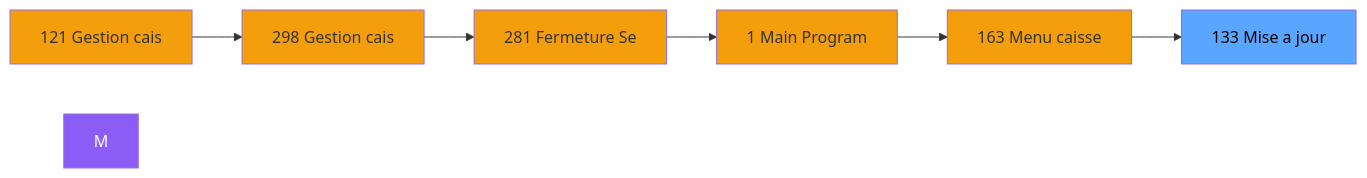
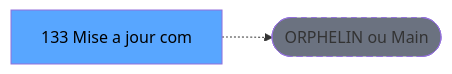
Before and after one commit to thonyAGP/lecteur-magic: the second of 3 diagrams in .openspec/renders/ADH-IDE-133.md, drawn with Mermaid. The commit also changed other lines of this file and 701 other files, not shown here.

````diff
--- a/.openspec/renders/ADH-IDE-133.md
+++ b/.openspec/renders/ADH-IDE-133.md
@@ -125,21 +122,8 @@
 ```mermaid
 graph LR
-    N121[121 Gestion cais]
-    N298[298 Gestion cais]
-    N281[281 Fermeture Se]
-    N1[1 Main Program]
-    N163[163 Menu caisse ]
-    T[133 Mise a jour ]
-    N121 --> N298
-    N298 --> N281
-    N281 --> N1
-    N1 --> N163
-    N163 --> T
-    style M fill:#8b5cf6,color:#fff
-    style N121 fill:#f59e0b
-    style N298 fill:#f59e0b
-    style N281 fill:#f59e0b
-    style N1 fill:#f59e0b
-    style N163 fill:#f59e0b
+    T[133 Mise a jour com]
+    ORPHAN([ORPHELIN ou Main])
+    T -.-> ORPHAN
     style T fill:#58a6ff,color:#000
+    style ORPHAN fill:#6b7280,stroke-dasharray: 5 5
 ```
````
